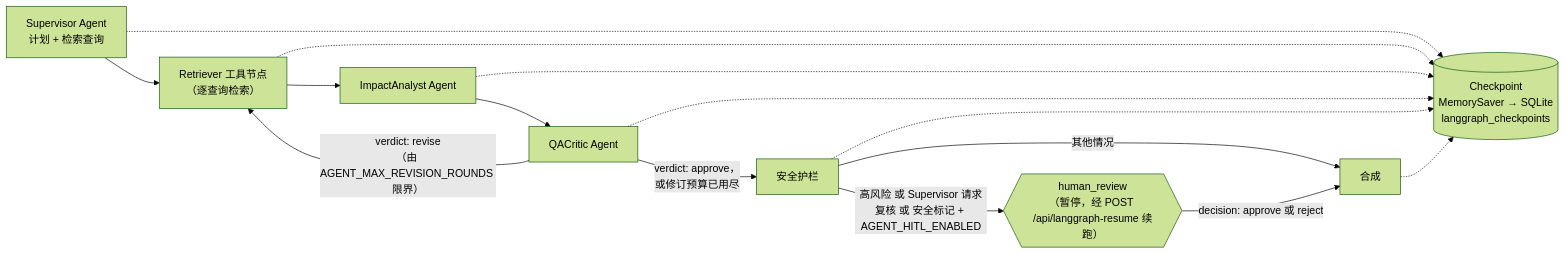
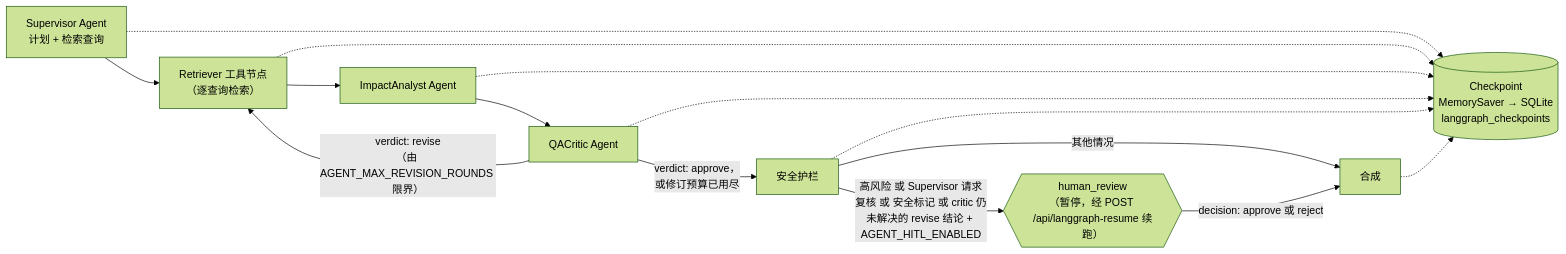
The second of 2 diagrams in README.zh-CN.md (yuk1no4090/Repomentor), drawn with Mermaid (forest theme) before and after one commit. The commit also changed other lines of this file and 7 other files, not shown here.

````diff
--- a/README.zh-CN.md
+++ b/README.zh-CN.md
@@ -75,19 +75,19 @@
 ```mermaid
 flowchart LR
     Supervisor["Supervisor Agent<br/>计划 + 检索查询"] --> Retrieve["Retriever 工具节点<br/>（逐查询检索）"]
     Retrieve --> Impact["ImpactAnalyst Agent"]
     Impact --> Critic["QACritic Agent"]
     Critic -->|"verdict: revise<br/>（由 AGENT_MAX_REVISION_ROUNDS 限界）"| Retrieve
     Critic -->|"verdict: approve，<br/>或修订预算已用尽"| Guardrails["安全护栏"]
-    Guardrails -->|"高风险 或 Supervisor 请求复核 或 安全标记 + AGENT_HITL_ENABLED"| HITL{{"human_review<br/>（暂停，经 POST /api/langgraph-resume 续跑）"}}
+    Guardrails -->|"高风险 或 Supervisor 请求复核 或 安全标记 或 critic 仍未解决的 revise 结论 + AGENT_HITL_ENABLED"| HITL{{"human_review<br/>（暂停，经 POST /api/langgraph-resume 续跑）"}}
     Guardrails -->|"其他情况"| Synthesize["合成"]
     HITL -->|"decision: approve 或 reject"| Synthesize
 
     CP[("Checkpoint<br/>MemorySaver → SQLite<br/>langgraph_checkpoints")]
     Supervisor -.-> CP
     Retrieve -.-> CP
     Impact -.-> CP
     Critic -.-> CP
     Guardrails -.-> CP
     Synthesize -.-> CP
 ```
````
